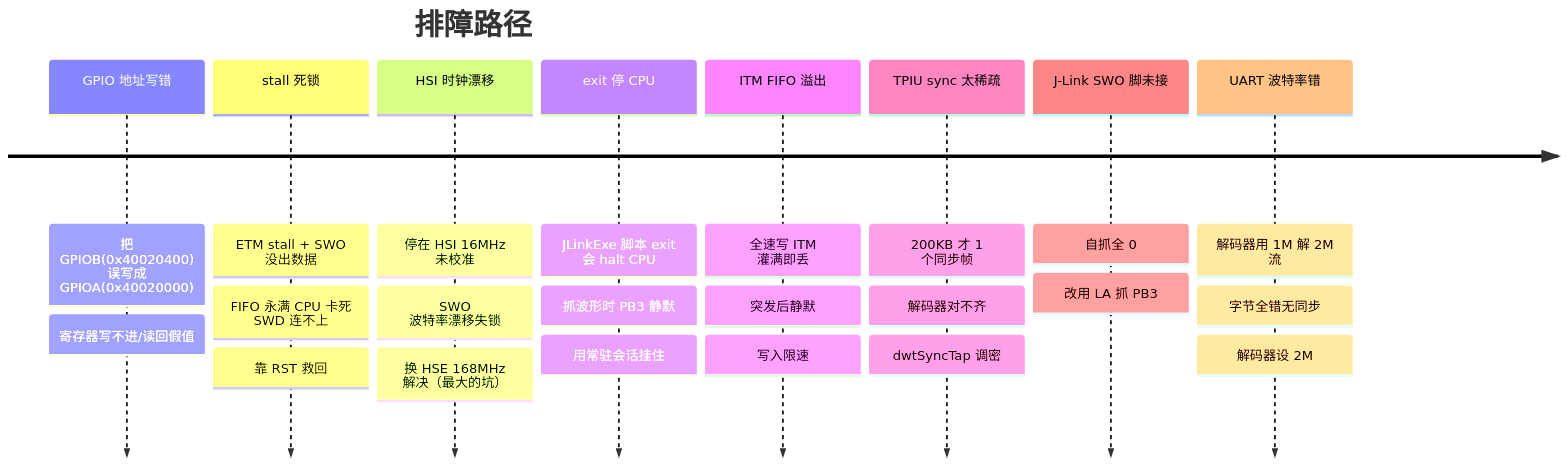
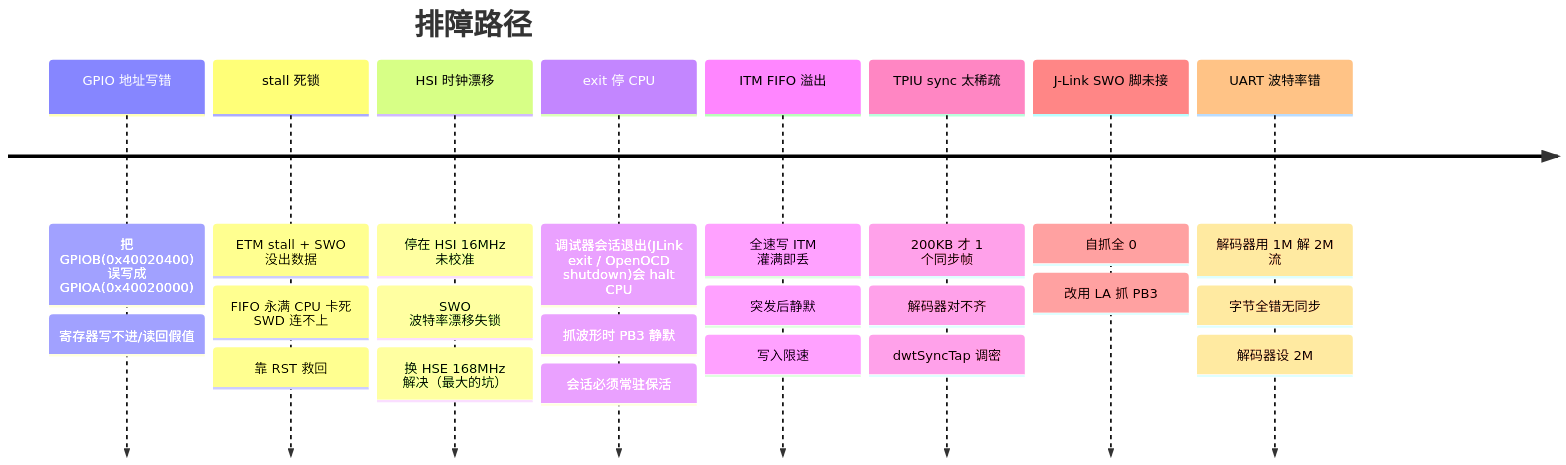
One commit to FASTSHIFT/orbtrace changed the second of 4 diagrams in docs/swo-trace-sidetrack/README.md. Above: the diagram before and after it, drawn with Mermaid. The commit also changed other lines of this file and 2 other files, not shown here.

First line of the commit message:
docs(a7): SWO sidetrack — record 'debugger-exit stops SWO' gotcha

````diff
--- a/docs/swo-trace-sidetrack/README.md
+++ b/docs/swo-trace-sidetrack/README.md
@@ -171,12 +171,12 @@
 ```mermaid
 timeline
     title 排障路径
     GPIO 地址写错 : 把 GPIOB(0x40020400) 误写成 GPIOA(0x40020000) : 寄存器写不进/读回假值
     stall 死锁 : ETM stall + SWO 没出数据 : FIFO 永满 CPU 卡死 SWD 连不上 : 靠 RST 救回
     HSI 时钟漂移 : 停在 HSI 16MHz 未校准 : SWO 波特率漂移失锁 : 换 HSE 168MHz 解决（最大的坑）
-    exit 停 CPU : JLinkExe 脚本 exit 会 halt CPU : 抓波形时 PB3 静默 : 用常驻会话挂住
+    exit 停 CPU : 调试器会话退出(JLink exit / OpenOCD shutdown)会 halt CPU : 抓波形时 PB3 静默 : 会话必须常驻保活
     ITM FIFO 溢出 : 全速写 ITM 灌满即丢 : 突发后静默 : 写入限速
     TPIU sync 太稀疏 : 200KB 才 1 个同步帧 : 解码器对不齐 : dwtSyncTap 调密
     J-Link SWO 脚未接 : 自抓全 0 : 改用 LA 抓 PB3
     UART 波特率错 : 解码器用 1M 解 2M 流 : 字节全错无同步 : 解码器设 2M
 ```
````
